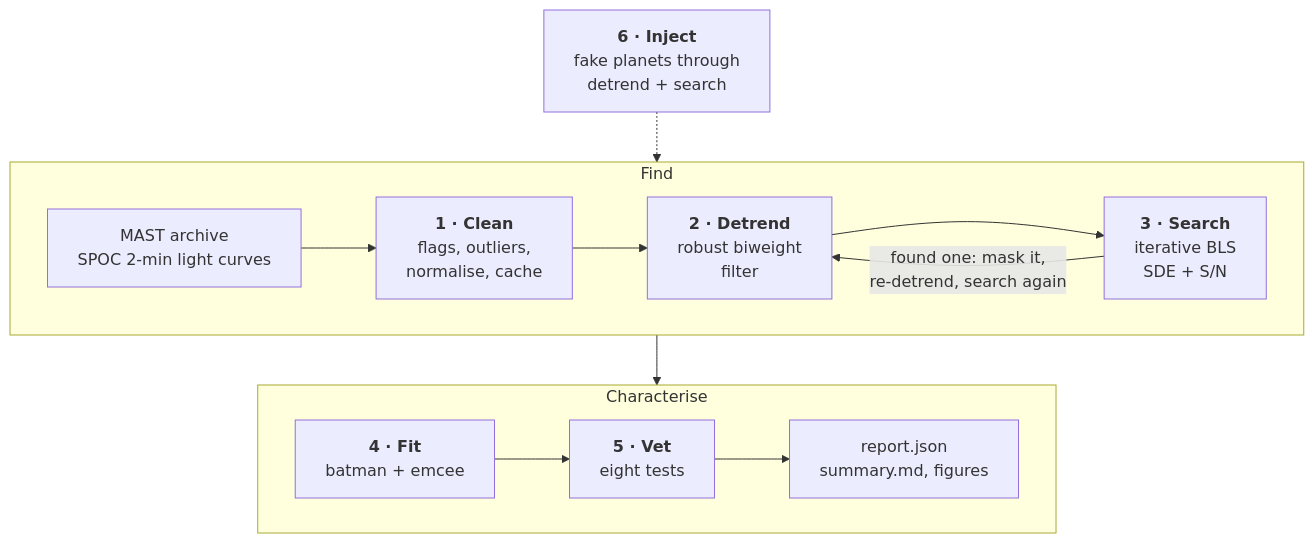
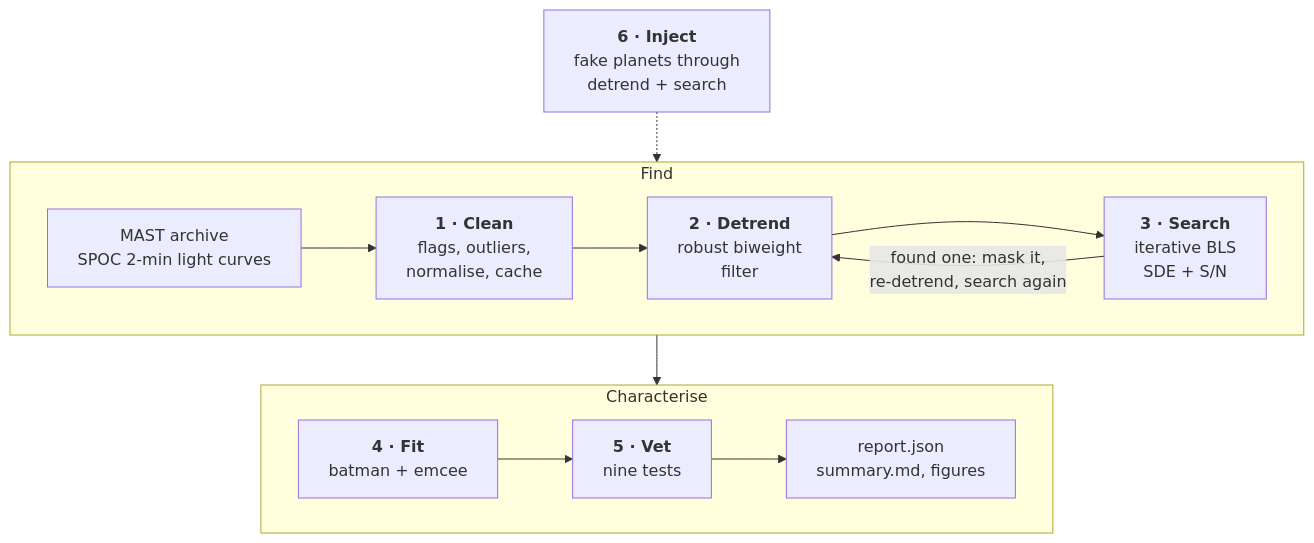
The diagram in docs/pipeline/index.md (Comdex4/tess-transit-hunter), drawn with Mermaid before and after one commit. The commit also changed 10 other files, not shown here.

````diff
--- a/docs/pipeline/index.md
+++ b/docs/pipeline/index.md
@@ -8,14 +8,14 @@
 ```mermaid
 flowchart TB
     subgraph S1["Find"]
         direction LR
         A["MAST archive<br/>SPOC 2-min light curves"] --> B["<b>1 · Clean</b><br/>flags, outliers,<br/>normalise, cache"] --> C["<b>2 · Detrend</b><br/>robust biweight<br/>filter"] --> D["<b>3 · Search</b><br/>iterative BLS<br/>SDE + S/N"]
         D -->|"found one: mask it,<br/>re-detrend, search again"| C
     end
     subgraph S2["Characterise"]
         direction LR
-        E["<b>4 · Fit</b><br/>batman + emcee"] --> F["<b>5 · Vet</b><br/>eight tests"] --> G["report.json<br/>summary.md, figures"]
+        E["<b>4 · Fit</b><br/>batman + emcee"] --> F["<b>5 · Vet</b><br/>nine tests"] --> G["report.json<br/>summary.md, figures"]
     end
     S1 --> S2
     H["<b>6 · Inject</b><br/>fake planets through<br/>detrend + search"] -.-> S1
 ```
````
